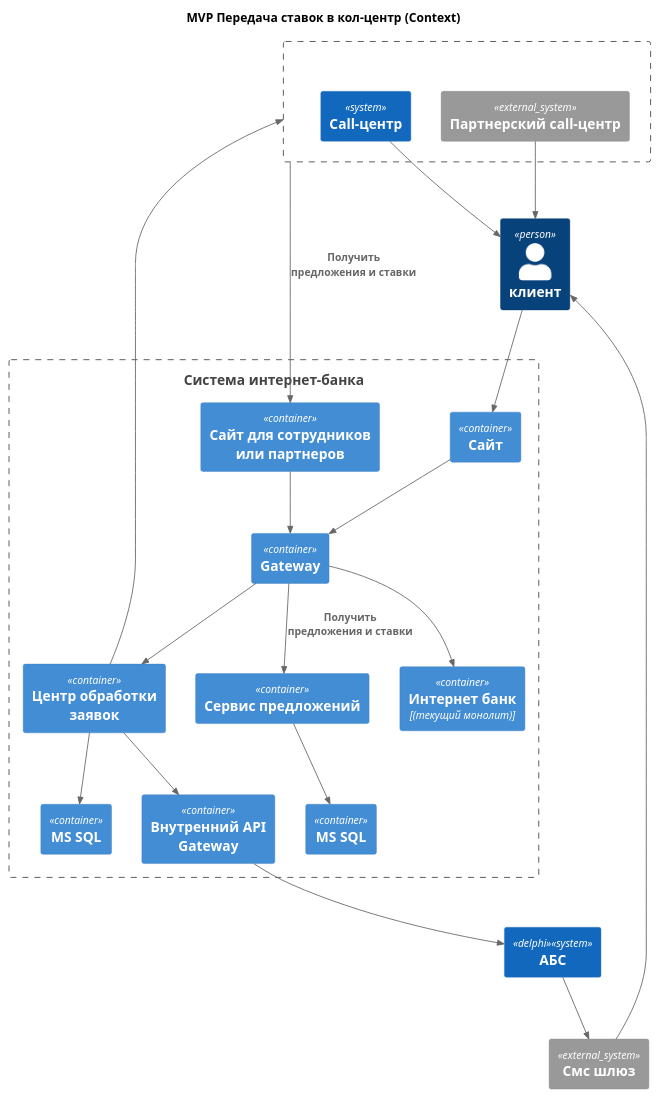
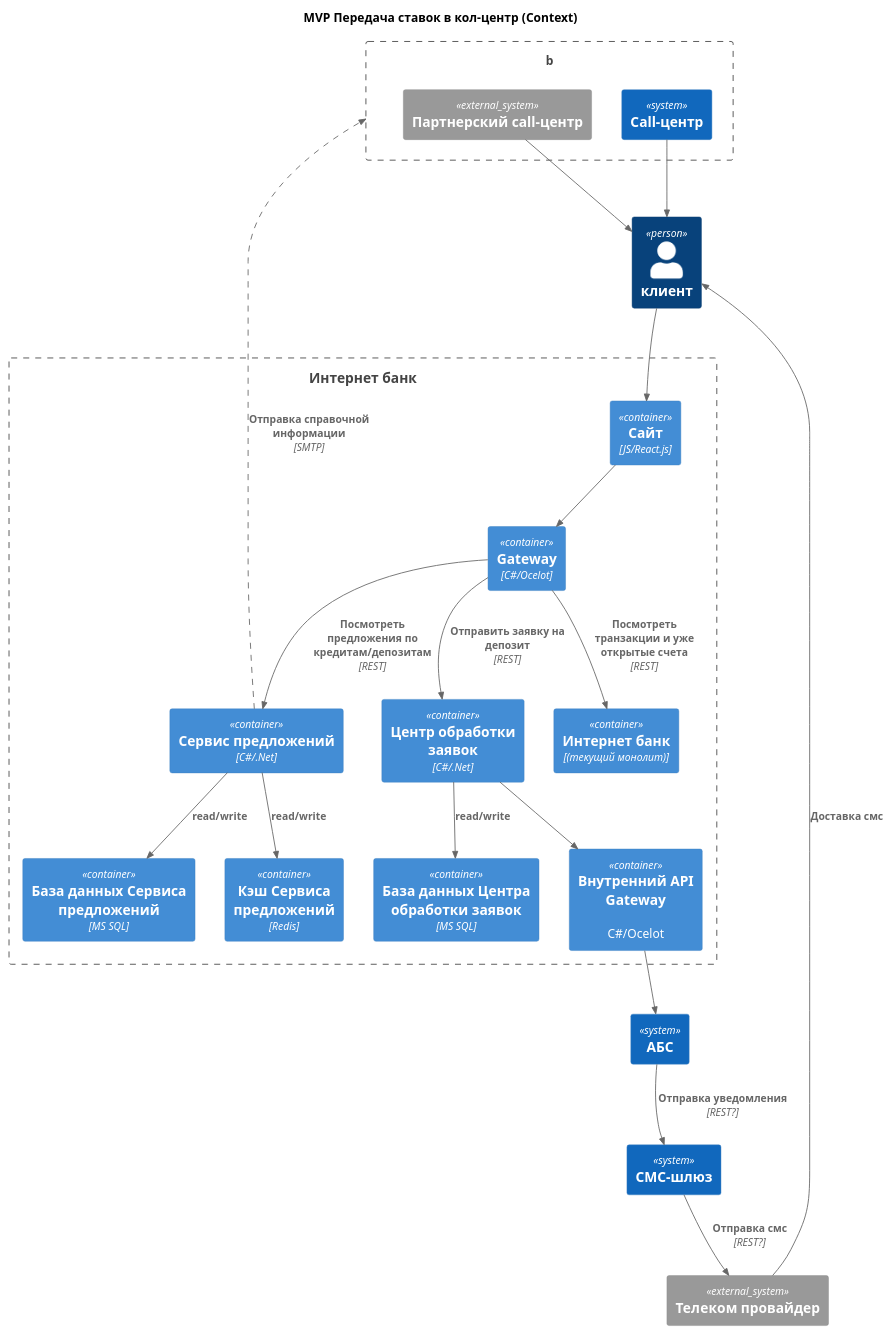
The diagram in Task4/containers.puml (bugurshik/architecture-pro-standart), drawn with PlantUML before and after one commit. The commit also changed 14 other files, not shown here.

```diff
--- a/Task4/containers.puml
+++ b/Task4/containers.puml
@@ -1,57 +1,59 @@
 @startuml Открытие депозита - Context Diagram
 !include https://raw.githubusercontent.com/plantuml-stdlib/C4-PlantUML/master/C4_Container.puml
 
 title MVP Передача ставок в кол-центр (Context)
+AddRelTag("asyncLine", $lineStyle=DashedLine())
 Person(customer, "клиент", "")
 
 
-Boundary(bank, "Система интернет-банка", ""){
-    Container(emploee_site, "Сайт для сотрудников или партнеров")
-    Container(site, "Сайт")
-    Container(gateway, "Gateway")
-    Container(offers_service, "Сервис предложений")
-    Container(offers_service_db, "MS SQL")
-    Container(customer_center, "Центр обработки заявок")
-    Container(customer_center_db, "MS SQL")
+Boundary(bank, "Интернет банк", ""){
+    Container(site, "Сайт", "JS/React.js")
+    Container(gateway, "Gateway", "C#/Ocelot")
+
+    Container(offers_service, "Сервис предложений", "C#/.Net")
+    Container(offers_service_db, "База данных Сервиса предложений", "MS SQL")
+    Container(offers_service_cache, "Кэш Сервиса предложений", "Redis")
+
+    Container(customer_center, "Центр обработки заявок", "C#/.Net")
+    Container(customer_center_db, "База данных Центра обработки заявок", "MS SQL")
     Container(internet_bank, "Интернет банк", "(текущий монолит)", "")
-    Container(internal_gateway, "Внутренний API Gateway", "", "", "")
+    Container(internal_gateway, "Внутренний API Gateway", "", "C#/Ocelot", "")
 }
 
+Rel(offers_service, b, "Отправка справочной информации", "SMTP",  $tags="asyncLine")
 Boundary(b, "", ""){
     System(call_office, "Сall-центр")
     System_Ext(ext_call_office, "Партнерский call-центр")
 }
 
-System(abc, "АБС", "", "", "delphi")
-System_Ext(sms_gateway, "Смс шлюз")
+System(abc, "АБС", "", "", "")
 
+System(sms_gateway, "СМС-шлюз")
+System_Ext(sms_provider, "Телеком провайдер")
+
+Rel(abc, sms_gateway, "Отправка уведомления", "REST?")
+Rel(sms_gateway, sms_provider, "Отправка смс", "REST?")
+Rel(sms_provider, customer, "Доставка смс")
 
 Rel(customer, site, "")
-Rel(abc, sms_gateway, "")
 Rel(call_office, customer, "")
-Rel(sms_gateway, customer, "")
 
 Rel(site, gateway, "")
 
-Rel(offers_service, offers_service_db, "")
+Rel(offers_service, offers_service_db, "read/write")
+Rel(offers_service, offers_service_cache, "read/write")
 
-Rel(gateway, internet_bank, "")
-Rel(gateway, offers_service, "Получить предложения и ставки")
-Rel(gateway, customer_center, "")
-
-
-Rel(emploee_site, gateway, "")
-Rel(b, emploee_site, "Получить предложения и ставки")
-
+Rel(gateway, internet_bank, "Посмотреть транзакции и уже открытые счета", "REST")
+Rel(gateway, offers_service, "Посмотреть предложения по кредитам/депозитам", "REST")
+Rel(gateway, customer_center, "Отправить заявку на депозит", "REST")
 
 Rel(ext_call_office, customer, "")
-Rel(customer_center, b, "")
-Rel(customer_center, customer_center_db, "")
+Rel(customer_center, customer_center_db, "read/write",)
 
 Rel(customer_center, internal_gateway, "")
 Rel(internal_gateway, abc, "")
 
 Lay_D(customer, site)
 Lay_D(customer, abc)
 
 @enduml
```
